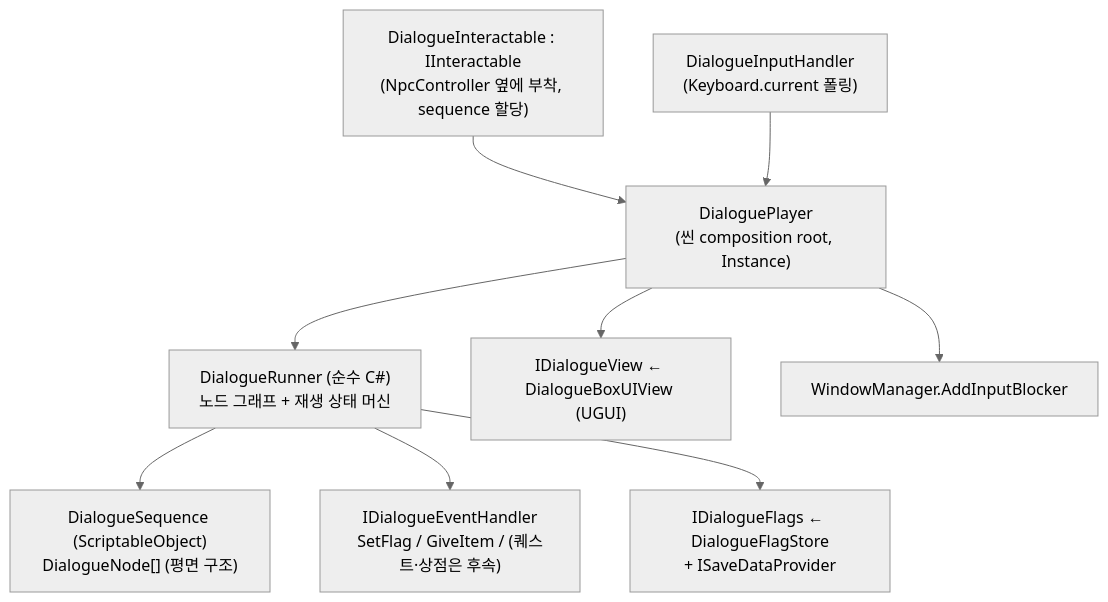
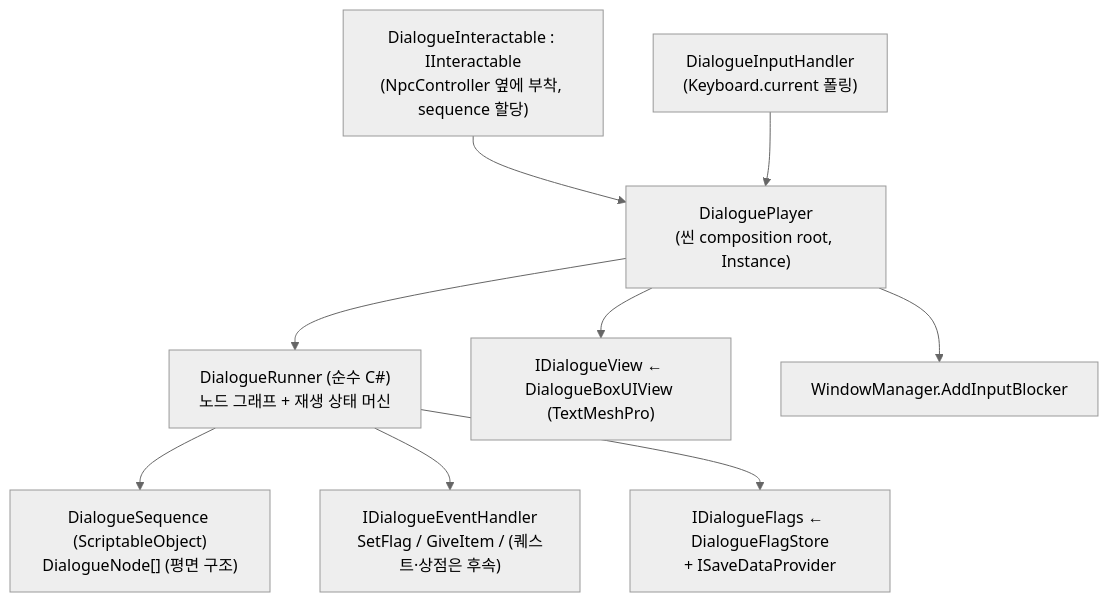
One commit to Seung-Hyun-211/ClaudeUnityPluginTest changed the diagram in documents/dialogue-system.md. Above: the diagram before and after it, drawn with Mermaid (neutral theme). The commit also changed other lines of this file and 6 other files, not shown here.

Commit message:
Document dialogue localization and how it works with text effect tags

````diff
--- a/documents/dialogue-system.md
+++ b/documents/dialogue-system.md
@@ -7,21 +7,21 @@
 ```mermaid
 graph TD
     Interactable["DialogueInteractable : IInteractable<br/>(NpcController 옆에 부착, sequence 할당)"]
     Player["DialoguePlayer<br/>(씬 composition root, Instance)"]
     Runner["DialogueRunner (순수 C#)<br/>노드 그래프 + 재생 상태 머신"]
     Sequence["DialogueSequence (ScriptableObject)<br/>DialogueNode[] (평면 구조)"]
-    View["IDialogueView ← DialogueBoxUIView (UGUI)"]
+    View["IDialogueView ← DialogueBoxUIView (TextMeshPro)"]
     Input["DialogueInputHandler<br/>(Keyboard.current 폴링)"]
     Handlers["IDialogueEventHandler<br/>SetFlag / GiveItem / (퀘스트·상점은 후속)"]
     Flags["IDialogueFlags ← DialogueFlagStore<br/>+ ISaveDataProvider"]
     WM["WindowManager.AddInputBlocker"]
 
     Interactable --> Player
     Player --> Runner
     Runner --> Sequence
     Runner --> Handlers
     Runner --> Flags
     Player --> View
     Player --> WM
     Input --> Player
 ```
````
